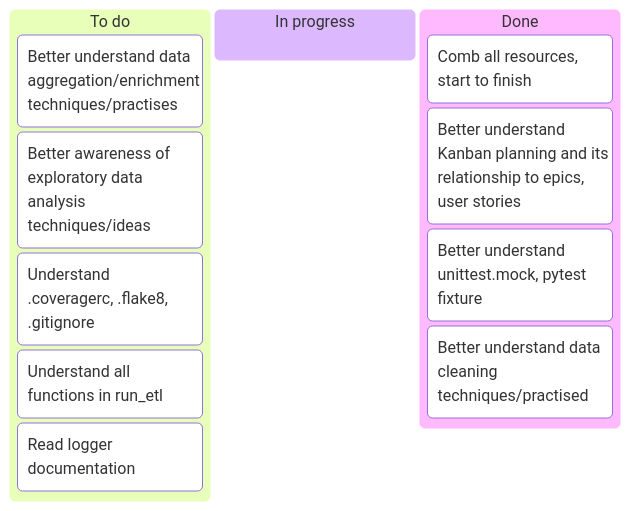
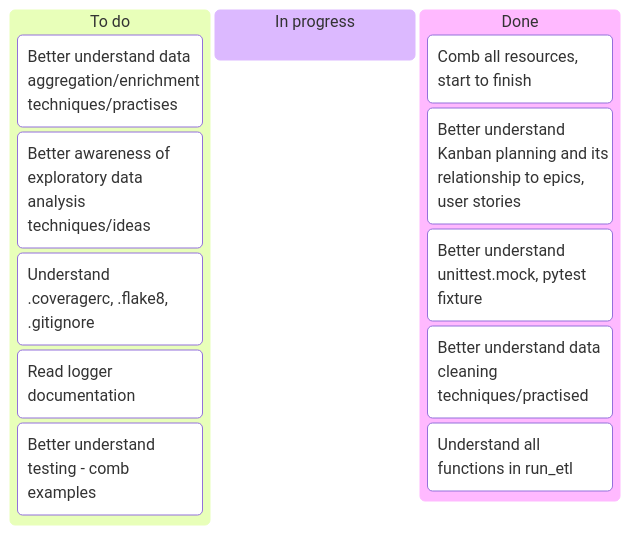
Before and after one commit to RonanD10/capstone-project: the second of 2 diagrams in docs/kanban.md, drawn with Mermaid. The commit also changed other lines of this file and 9 other files, not shown here.

````diff
--- a/docs/kanban.md
+++ b/docs/kanban.md
@@ -63,19 +63,20 @@
 ```mermaid
 kanban
     To do 
         Better understand data aggregation/enrichment techniques/practises
         Better awareness of exploratory data analysis techniques/ideas
         Understand .coveragerc, .flake8, .gitignore
-        Understand all functions in run_etl 
         Read logger documentation
+        Better understand testing - comb examples  
         
     In progress  
         
         
 
     Done
         Comb all resources, start to finish
         Better understand Kanban planning and its relationship to epics, user stories
         Better understand unittest.mock, pytest fixture 
         Better understand data cleaning techniques/practised
+        Understand all functions in run_etl
 ```
````
